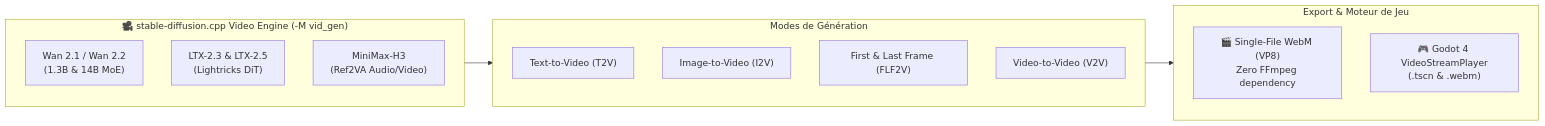
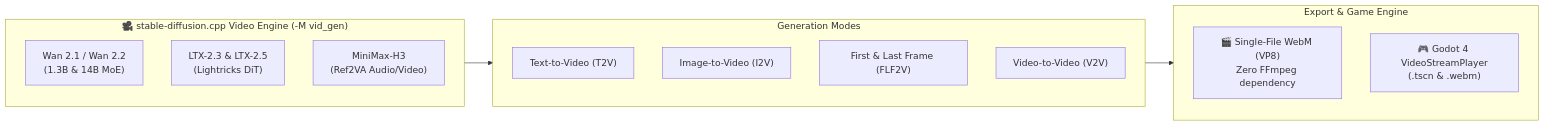
Before and after one commit to laurentvv/generator-assets: the third of 3 diagrams in README.md, drawn with Mermaid. The commit also changed other lines of this file and 8 other files, not shown here.

````diff
--- a/README.md
+++ b/README.md
@@ -1239,23 +1258,23 @@
 ```mermaid
 flowchart LR
     subgraph VideoEngine["🎥 stable-diffusion.cpp Video Engine (-M vid_gen)"]
         Wan["Wan 2.1 / Wan 2.2<br>(1.3B & 14B MoE)"]
         LTX["LTX-2.3 & LTX-2.5<br>(Lightricks DiT)"]
         MiniMax["MiniMax-H3<br>(Ref2VA Audio/Video)"]
     end
 
-    subgraph Modes["Modes de Génération"]
+    subgraph Modes["Generation Modes"]
         T2V["Text-to-Video (T2V)"]
         I2V["Image-to-Video (I2V)"]
         FLF2V["First & Last Frame (FLF2V)"]
         V2V["Video-to-Video (V2V)"]
     end
 
-    subgraph Output["Export & Moteur de Jeu"]
+    subgraph Output["Export & Game Engine"]
         WebM["🎬 Single-File WebM (VP8)<br>Zero FFmpeg dependency"]
         Godot["🎮 Godot 4 VideoStreamPlayer<br>(.tscn & .webm)"]
     end
 
     VideoEngine --> Modes
     Modes --> Output
 ```
````
